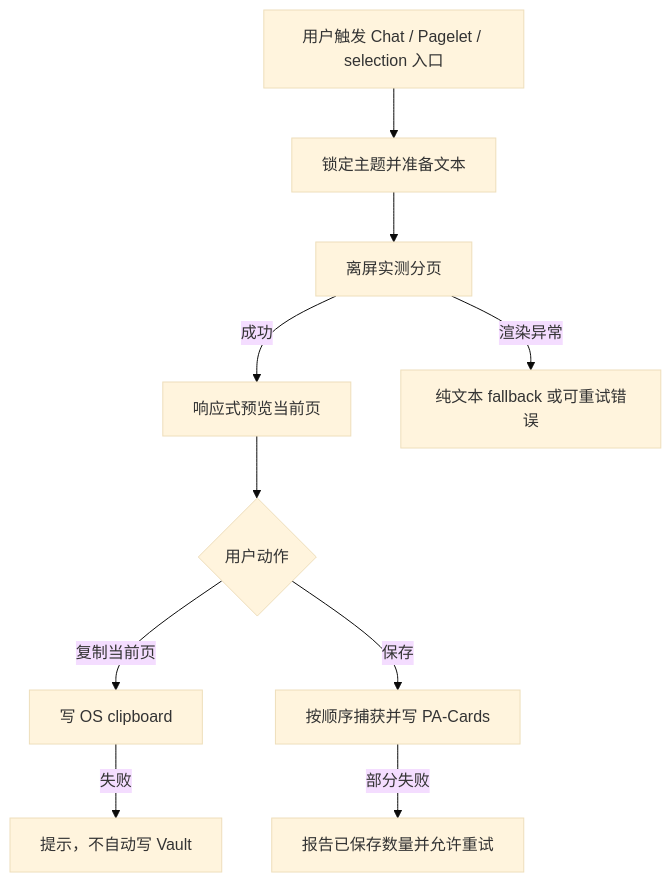
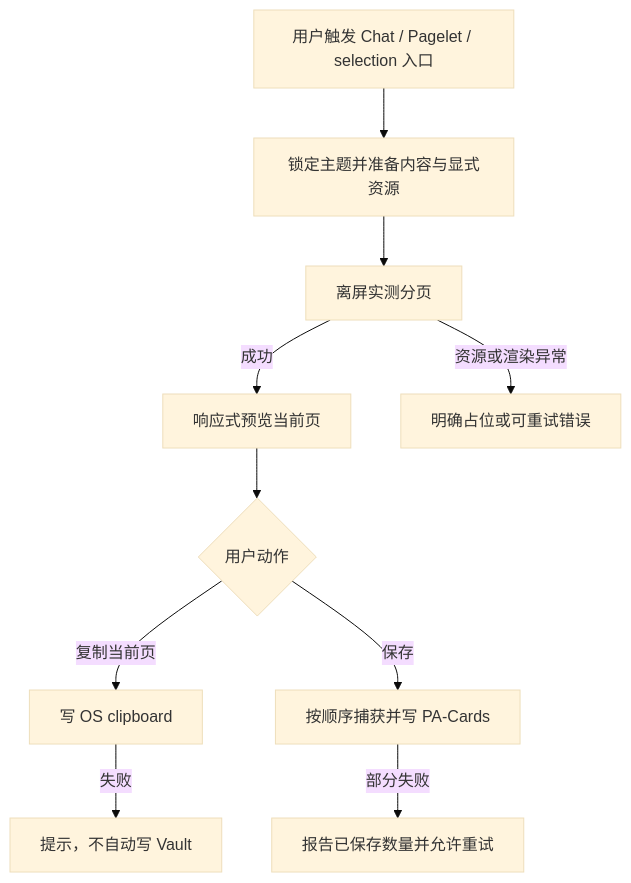
One commit to edonyzpc/personal-assistant changed the diagram in docs/product/specs/pa-share-card-product-spec.md. Above: the diagram before and after it, drawn with Mermaid (base theme). The commit also changed other lines of this file and 8 other files, not shown here.

````diff
--- a/docs/product/specs/pa-share-card-product-spec.md
+++ b/docs/product/specs/pa-share-card-product-spec.md
@@ -71,12 +85,12 @@
 ```mermaid
 flowchart TD
-  A[用户触发 Chat / Pagelet / selection 入口] --> B[锁定主题并准备文本]
+  A[用户触发 Chat / Pagelet / selection 入口] --> B[锁定主题并准备内容与显式资源]
   B --> C[离屏实测分页]
   C -->|成功| D[响应式预览当前页]
-  C -->|渲染异常| E[纯文本 fallback 或可重试错误]
+  C -->|资源或渲染异常| E[明确占位或可重试错误]
   D --> F{用户动作}
   F -->|复制当前页| G[写 OS clipboard]
   F -->|保存| H[按顺序捕获并写 PA-Cards]
   G -->|失败| I[提示，不自动写 Vault]
   H -->|部分失败| J[报告已保存数量并允许重试]
 ```
````
